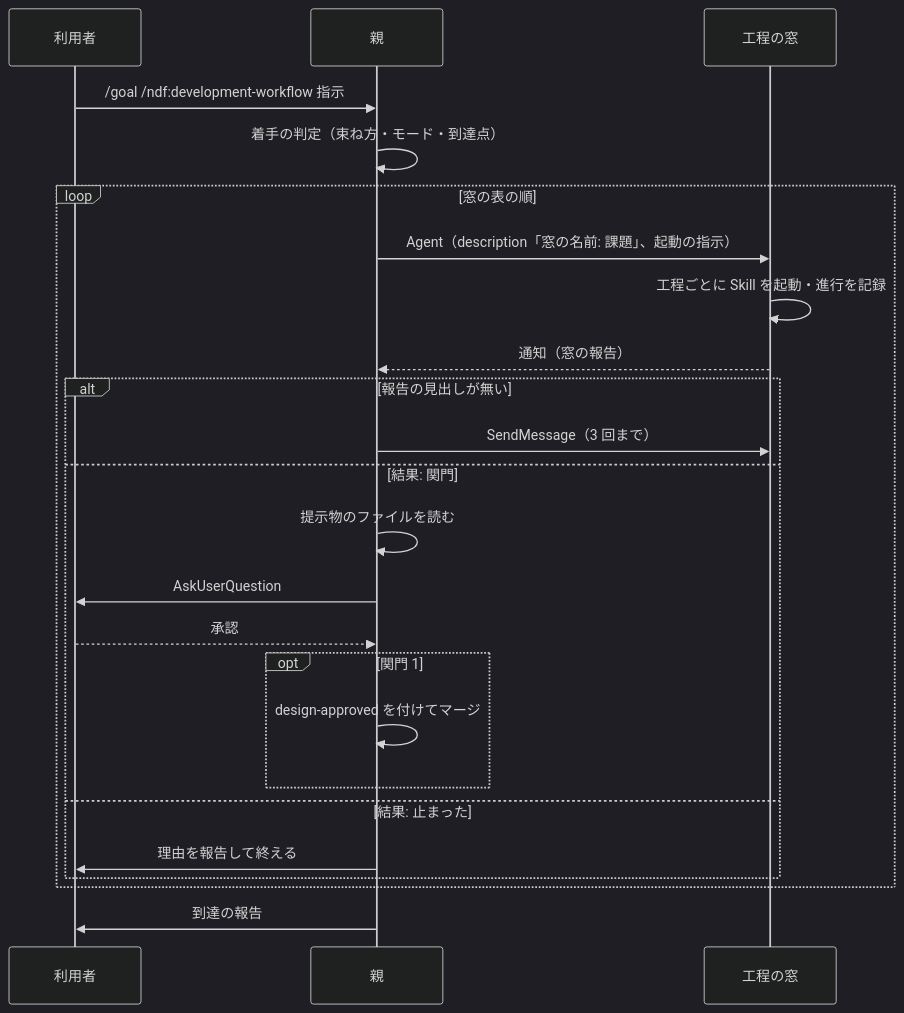
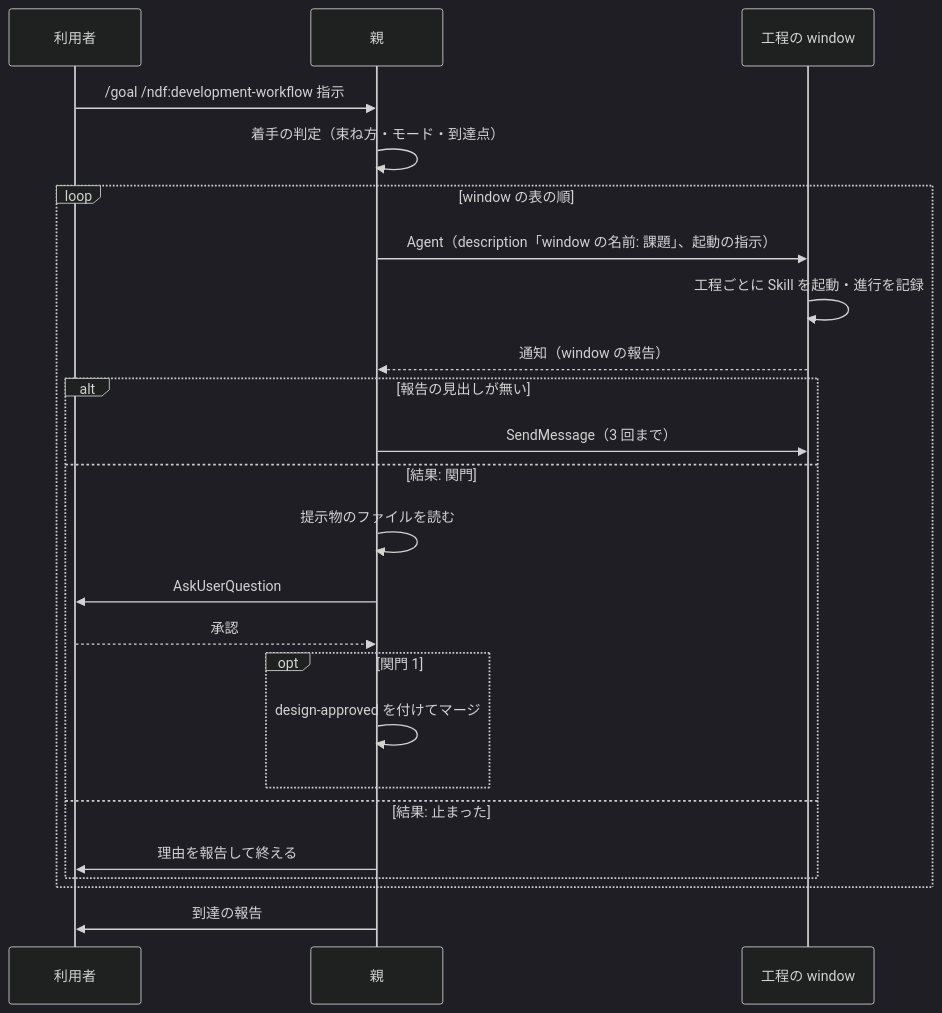
One commit to devbasex/ai-plugins changed the fifth of 6 diagrams in issues/issue-550-657-design.md. Above: the diagram before and after it, drawn with Mermaid (dark theme). The commit also changed other lines of this file and 2 other files, not shown here.

First line of the commit message:
Docs: 用語を「窓」から window へ置き換える（#550 #657）

````diff
--- a/issues/issue-550-657-design.md
+++ b/issues/issue-550-657-design.md
@@ -315,26 +316,26 @@
 ```mermaid
 sequenceDiagram
     participant H as 利用者
     participant P as 親
-    participant W as 工程の窓
+    participant W as 工程の window
     H->>P: /goal /ndf:development-workflow 指示
     P->>P: 着手の判定（束ね方・モード・到達点）
-    loop 窓の表の順
-        P->>W: Agent（description「窓の名前: 課題」、起動の指示）
+    loop window の表の順
+        P->>W: Agent（description「window の名前: 課題」、起動の指示）
         W->>W: 工程ごとに Skill を起動・進行を記録
-        W-->>P: 通知（窓の報告）
+        W-->>P: 通知（window の報告）
         alt 報告の見出しが無い
             P->>W: SendMessage（3 回まで）
         else 結果: 関門
             P->>P: 提示物のファイルを読む
             P->>H: AskUserQuestion
             H-->>P: 承認
             opt 関門 1
                 P->>P: design-approved を付けてマージ
             end
         else 結果: 止まった
             P->>H: 理由を報告して終える
         end
     end
     P->>H: 到達の報告
 ```
````
